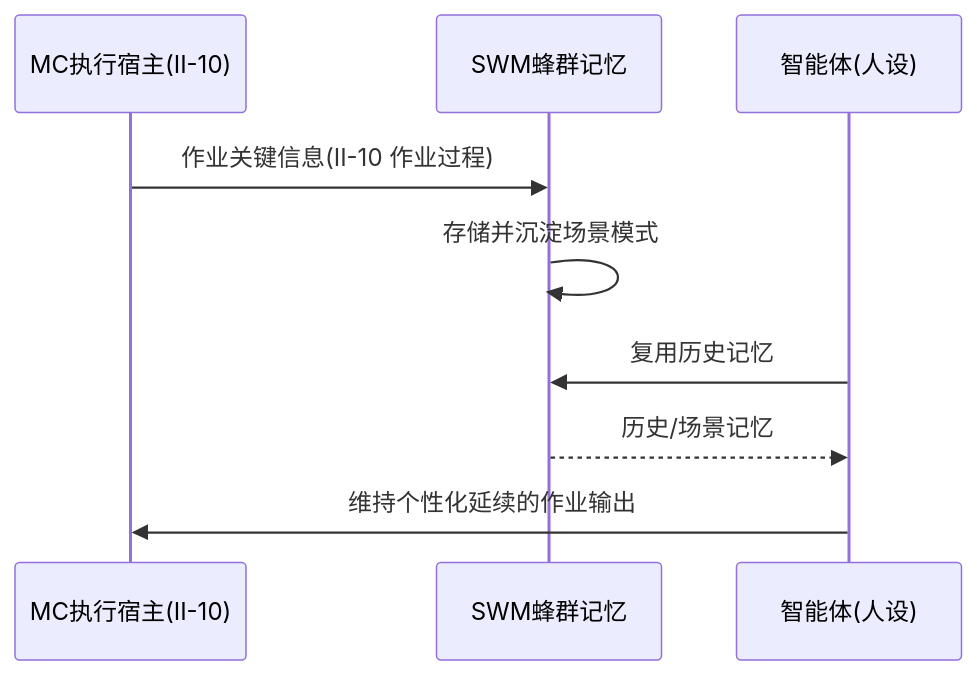
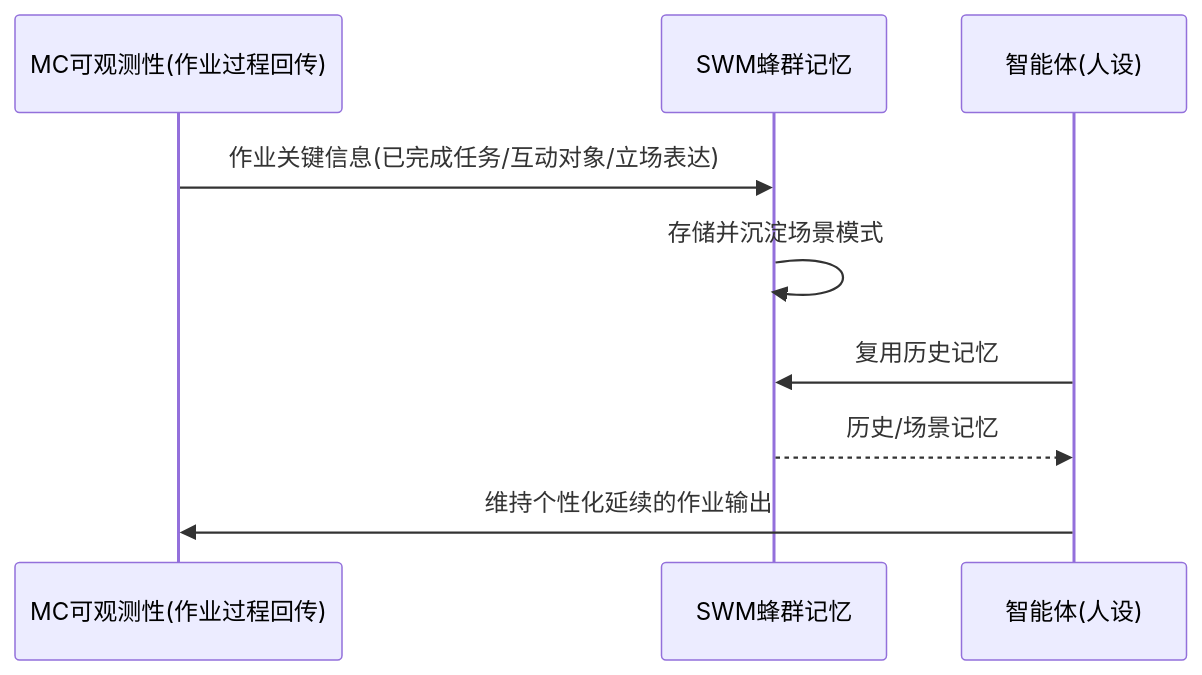
Before and after one commit to Sj-g/obsidian: diagram 34 of 50 in 公司项目/认知作战/文档/软件需求规格说明.md, drawn with Mermaid. The commit also changed other lines of this file, not shown here.

````diff
--- a/公司项目/认知作战/文档/软件需求规格说明.md
+++ b/公司项目/认知作战/文档/软件需求规格说明.md
@@ -2653,11 +2653,11 @@
 ```mermaid
 sequenceDiagram
-  participant MC as MC执行宿主(II-10)
+  participant MC as MC可观测性(作业过程回传)
   participant 记忆 as SWM蜂群记忆
   participant 智能体 as 智能体(人设)
-  MC->>记忆: 作业关键信息(II-10 作业过程)
+  MC->>记忆: 作业关键信息(已完成任务/互动对象/立场表达)
   记忆->>记忆: 存储并沉淀场景模式
   智能体->>记忆: 复用历史记忆
   记忆-->>智能体: 历史/场景记忆
   智能体->>MC: 维持个性化延续的作业输出
 ```
````
